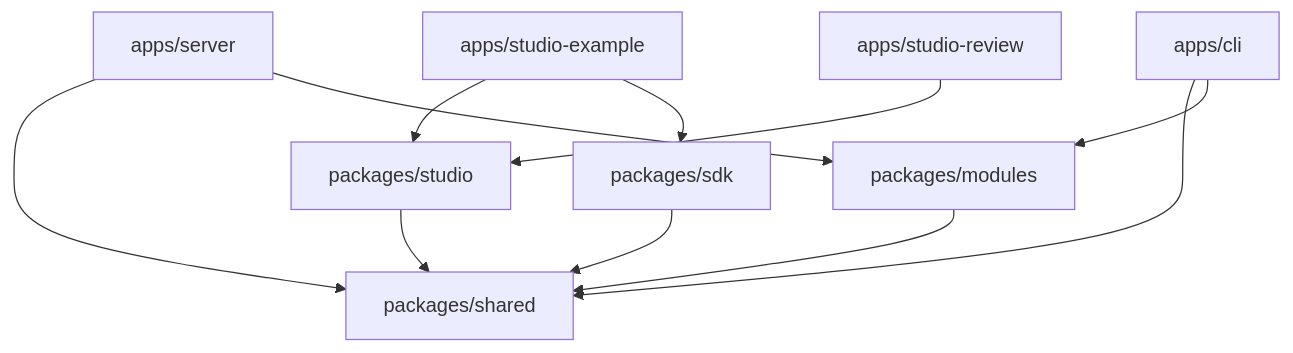
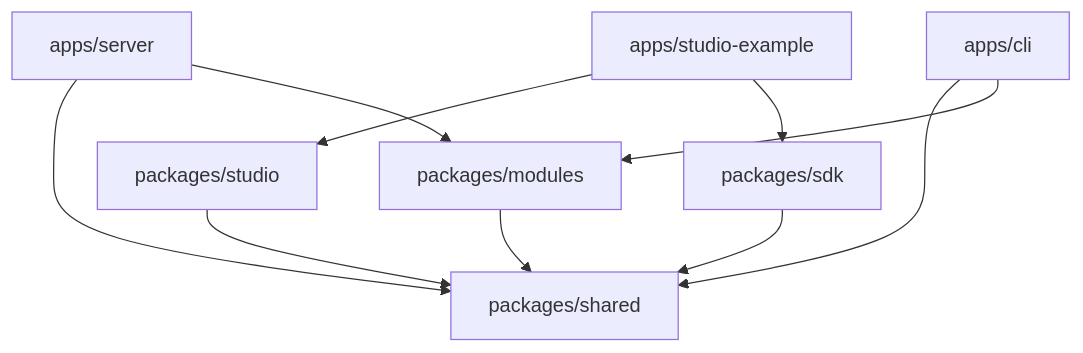
One commit to Blazity/mdcms changed the diagram in apps/docs/development/packages.mdx. Above: the diagram before and after it, drawn with Mermaid. The commit also changed other lines of this file and 82 other files, not shown here.

First line of the commit message:
chore(cms-190): remove apps/studio-review and audit-confirmed dead code

````diff
--- a/apps/docs/development/packages.mdx
+++ b/apps/docs/development/packages.mdx
@@ -22,13 +22,12 @@
 ```mermaid
 graph TD
     server["apps/server"] --> shared["packages/shared"]
     server --> modules["packages/modules"]
     cli["apps/cli"] --> shared
     cli --> modules
     studioEx["apps/studio-example"] --> studio["packages/studio"]
     studioEx --> sdk["packages/sdk"]
-    studioReview["apps/studio-review"] --> studio
     studio --> shared
     sdk --> shared
     modules --> shared
 ```
````
